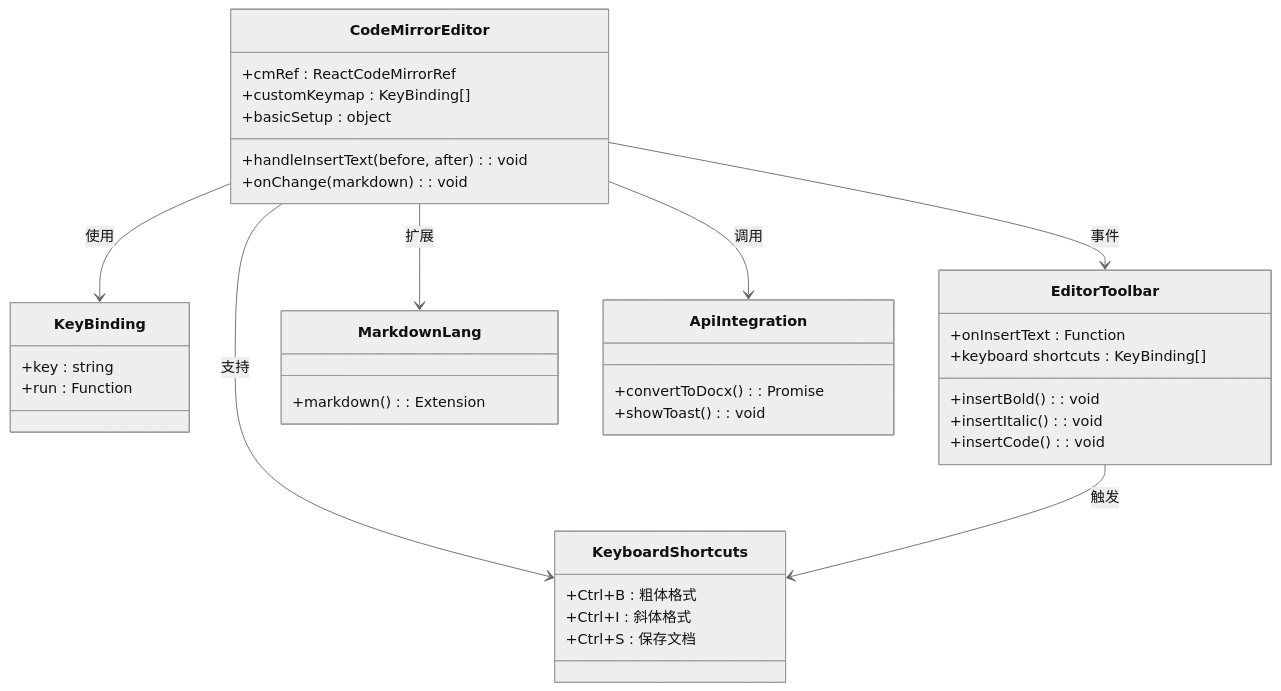
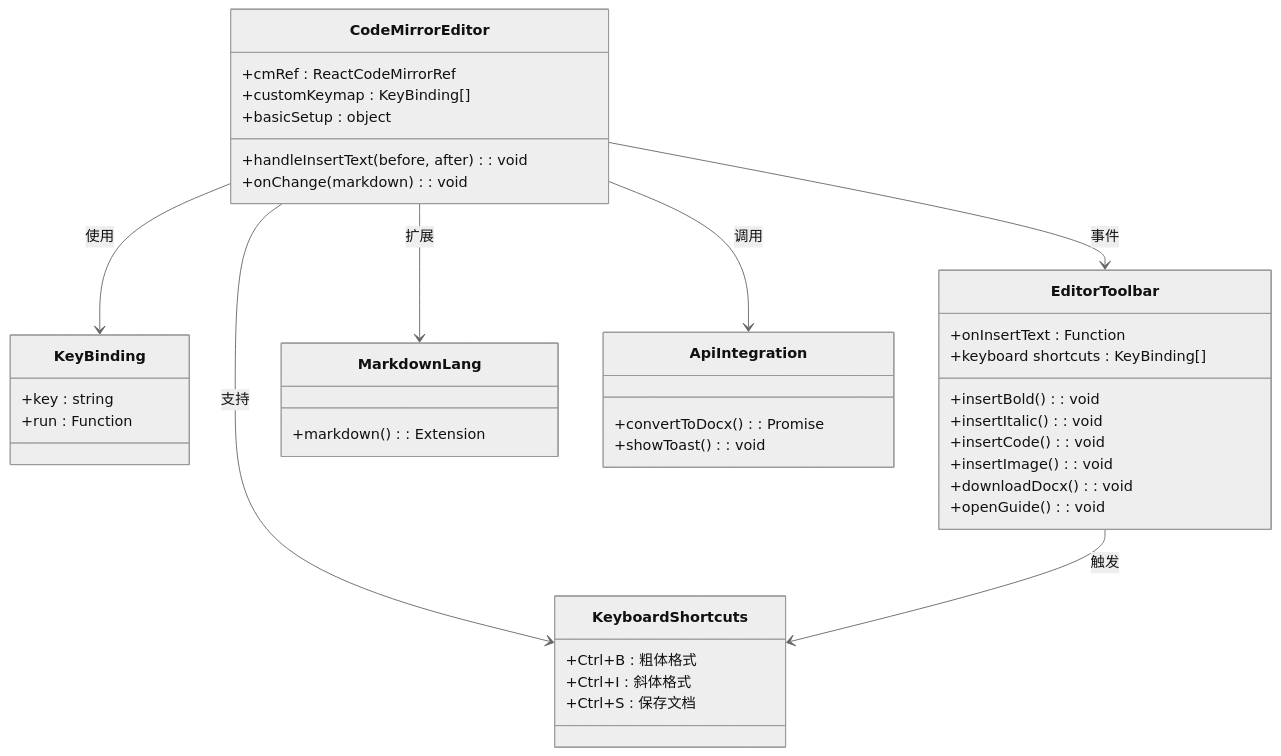
Before and after one commit to wanwushelie/markdown-to-word-studio: the seventh of 15 diagrams in .lingma/repowiki/zh/content/用户指南/前端界面现代化/前端界面现代化.md, drawn with Mermaid (neutral theme). The commit also changed other lines of this file and 82 other files, not shown here.

````diff
--- a/.lingma/repowiki/zh/content/用户指南/前端界面现代化/前端界面现代化.md
+++ b/.lingma/repowiki/zh/content/用户指南/前端界面现代化/前端界面现代化.md
@@ -526,39 +617,42 @@
 ```mermaid
 classDiagram
 class CodeMirrorEditor {
 +cmRef : ReactCodeMirrorRef
 +handleInsertText(before, after) : void
 +customKeymap : KeyBinding[]
 +basicSetup : object
 +onChange(markdown) : void
 }
 class KeyBinding {
 +key : string
 +run : Function
 }
 class EditorToolbar {
 +onInsertText : Function
 +insertBold() : void
 +insertItalic() : void
 +insertCode() : void
++insertImage() : void
 +keyboard shortcuts : KeyBinding[]
++downloadDocx() : void
++openGuide() : void
 }
 class MarkdownLang {
 +markdown() : Extension
 }
 class ApiIntegration {
 +convertToDocx() : Promise<void>
 +showToast() : void
 }
 class KeyboardShortcuts {
 +Ctrl+B : 粗体格式
 +Ctrl+I : 斜体格式
 +Ctrl+S : 保存文档
 }
 CodeMirrorEditor --> KeyBinding : 使用
 CodeMirrorEditor --> EditorToolbar : 事件
 CodeMirrorEditor --> MarkdownLang : 扩展
 CodeMirrorEditor --> ApiIntegration : 调用
 CodeMirrorEditor --> KeyboardShortcuts : 支持
 EditorToolbar --> KeyboardShortcuts : 触发
 ```
````
